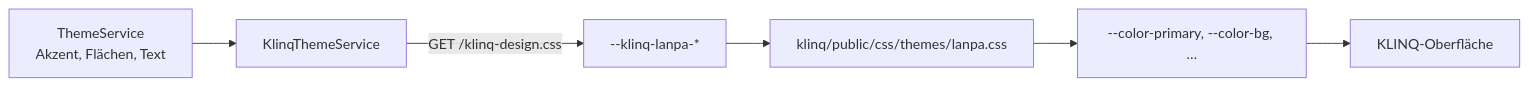
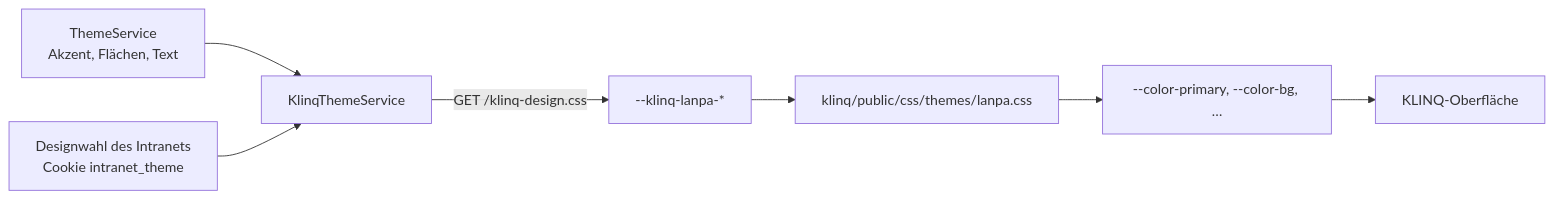
One commit to dareinelt/lanpa changed the third of 3 diagrams in docs/klinq-referenz.md. Above: the diagram before and after it, drawn with Mermaid. The commit also changed other lines of this file and 7 other files, not shown here.

First line of the commit message:
KLINQ: Design des Intranets statt Systemeinstellung uebernehmen

````diff
--- a/docs/klinq-referenz.md
+++ b/docs/klinq-referenz.md
@@ -569,8 +569,9 @@
 ```mermaid
 flowchart LR
     T[ThemeService<br/>Akzent, Flächen, Text] --> S[KlinqThemeService]
+    B[Designwahl des Intranets<br/>Cookie intranet_theme] --> S
     S -->|GET /klinq-design.css| C["--klinq-lanpa-*"]
     C --> L["klinq/public/css/themes/lanpa.css"]
     L --> K["--color-primary, --color-bg, …"]
     K --> UI[KLINQ-Oberfläche]
 ```
````
